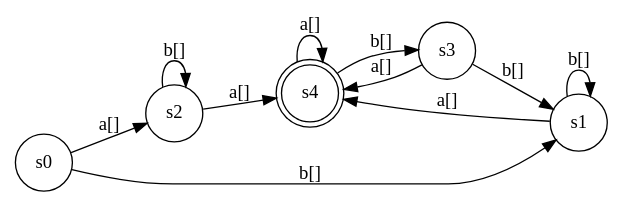
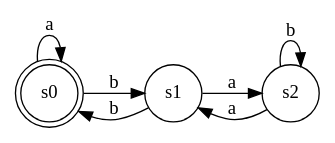
The diagram in fsm.gv (pgrisales/itc), drawn with Graphviz before and after one commit. The commit also changed 9 other files, not shown here.

```diff
--- a/fsm.gv
+++ b/fsm.gv
@@ -1,18 +1,15 @@
 digraph finite_state_machine {
 	rankdir=LR size="8,5"
 	node [shape=circle]
+	node [shape=doublecircle]
 	s0
 	node [shape=doublecircle]
-	s4
+	s0
 	node [shape=circle]
-	s0 -> s2 [label="a[]"]
-	s0 -> s1 [label="b[]"]
-	s1 -> s4 [label="a[]"]
-	s1 -> s1 [label="b[]"]
-	s2 -> s4 [label="a[]"]
-	s2 -> s2 [label="b[]"]
-	s3 -> s4 [label="a[]"]
-	s3 -> s1 [label="b[]"]
-	s4 -> s4 [label="a[]"]
-	s4 -> s3 [label="b[]"]
+	s0 -> s0 [label=a]
+	s0 -> s1 [label=b]
+	s1 -> s2 [label=a]
+	s1 -> s0 [label=b]
+	s2 -> s2 [label=b]
+	s2 -> s1 [label=a]
 }
```
